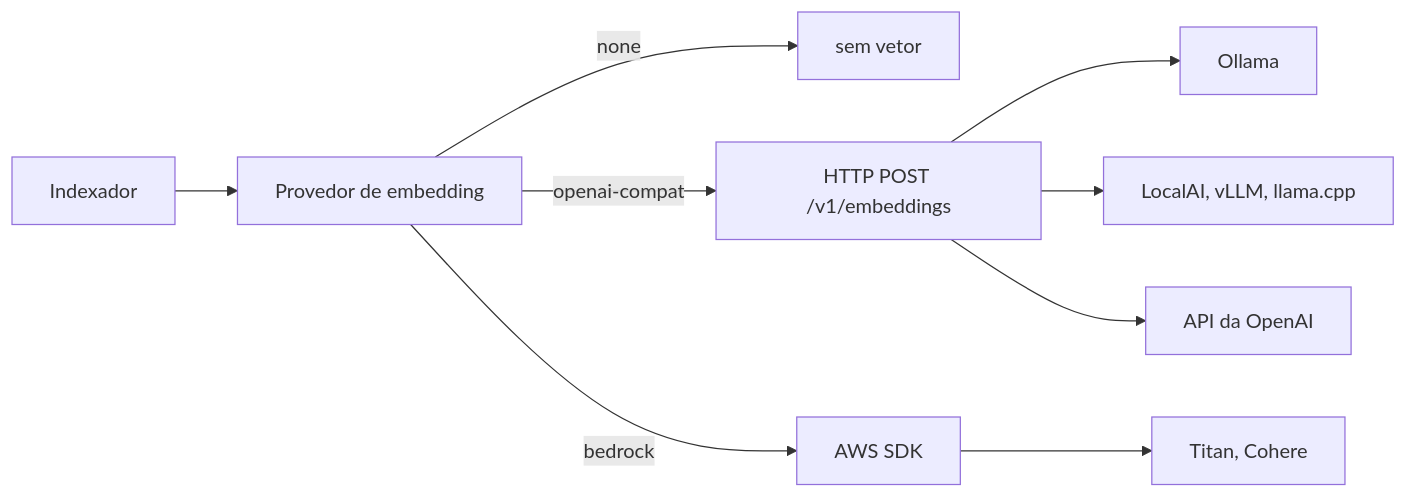
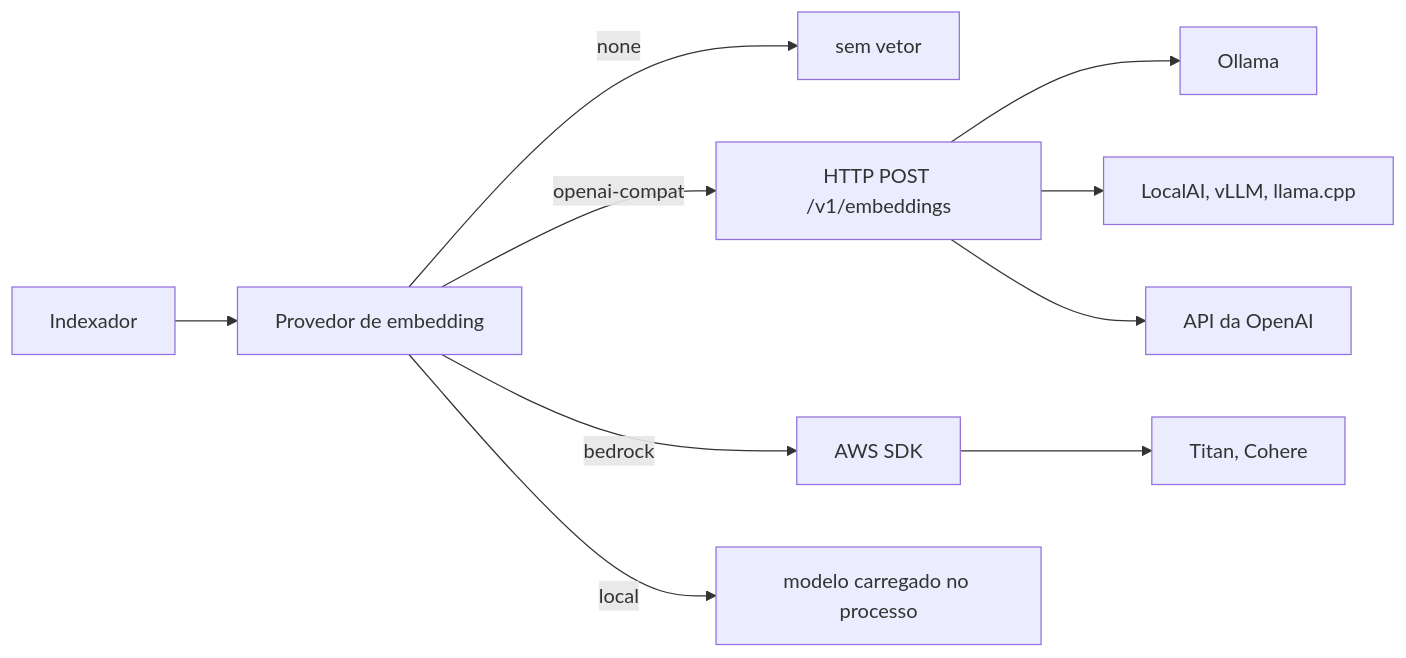
Before and after one commit to markupp-labs/markupp: the diagram in docs/embedding.md, drawn with Mermaid. The commit also changed other lines of this file, not shown here.

Commit message:
docs: documenta o provedor de embedding local

````diff
--- a/docs/embedding.md
+++ b/docs/embedding.md
@@ -16,11 +17,12 @@
 ```mermaid
 flowchart LR
     I[Indexador] --> P[Provedor de embedding]
     P -->|none| D[sem vetor]
     P -->|openai-compat| H["HTTP POST /v1/embeddings"]
     P -->|bedrock| S[AWS SDK]
+    P -->|local| M[modelo carregado no processo]
     H --> O[Ollama]
     H --> L[LocalAI, vLLM, llama.cpp]
     H --> A[API da OpenAI]
     S --> T[Titan, Cohere]
 ```
````
